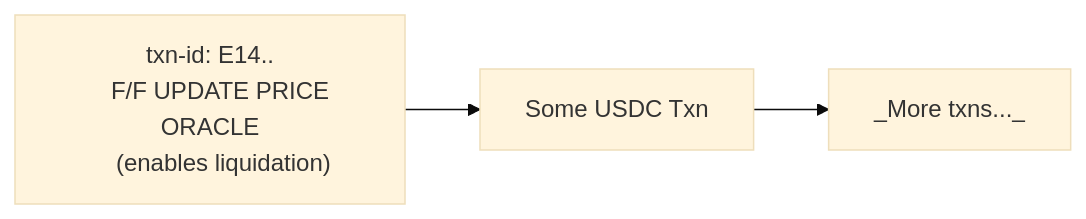
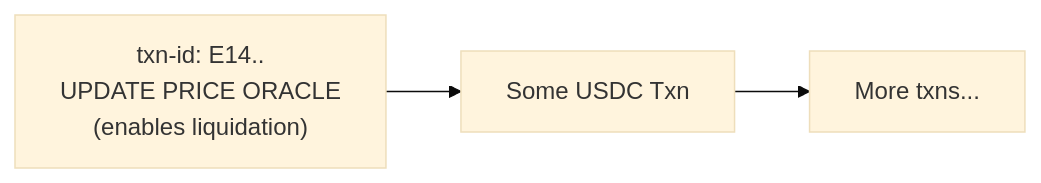
The first of 3 diagrams in content/posts/algorand-sustainability-backrunning/index.md (d13co/d13.co), drawn with Mermaid (base theme) before and after one commit. The commit also changed other lines of this file, not shown here.

```diff
--- a/content/posts/algorand-sustainability-backrunning/index.md
+++ b/content/posts/algorand-sustainability-backrunning/index.md
@@ -64,8 +64,8 @@
 {{< mermaid >}}
 flowchart LR
     A["txn-id: E14..
-    F/F UPDATE PRICE ORACLE
+    UPDATE PRICE ORACLE
     (enables liquidation)"] -->
     O["Some USDC Txn"] -->
-    M["_More txns..._"]
+    M["More txns..."]
 {{< /mermaid >}}
```
